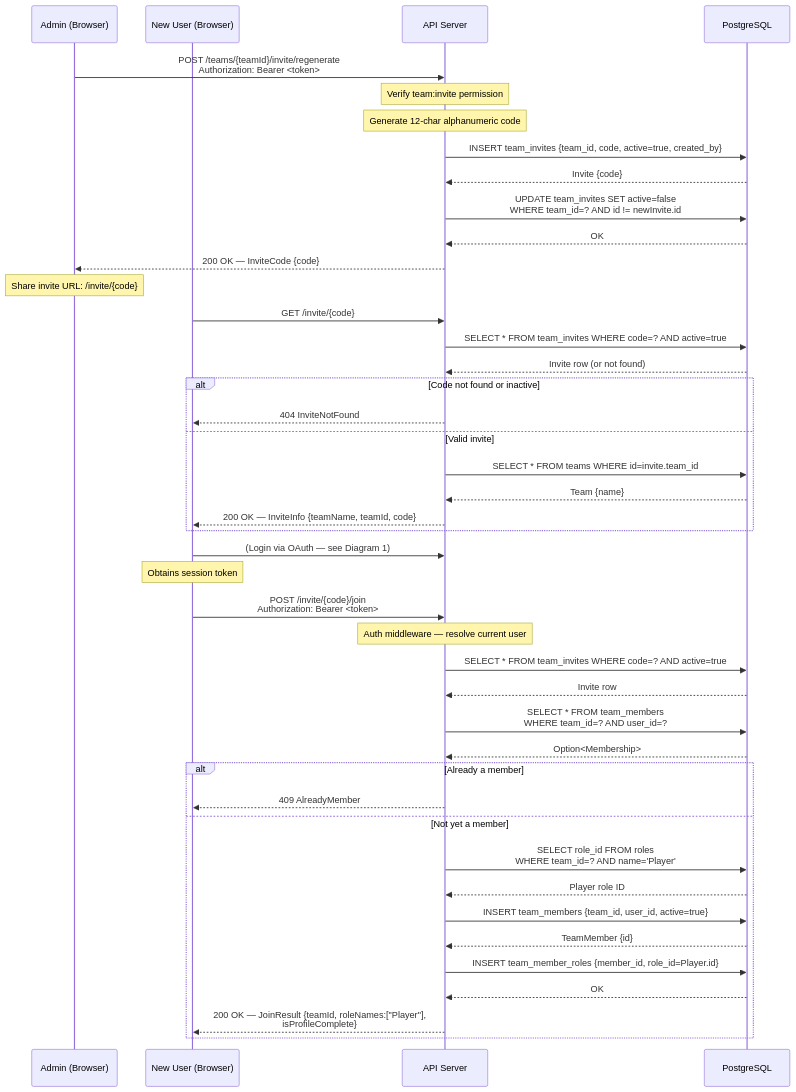
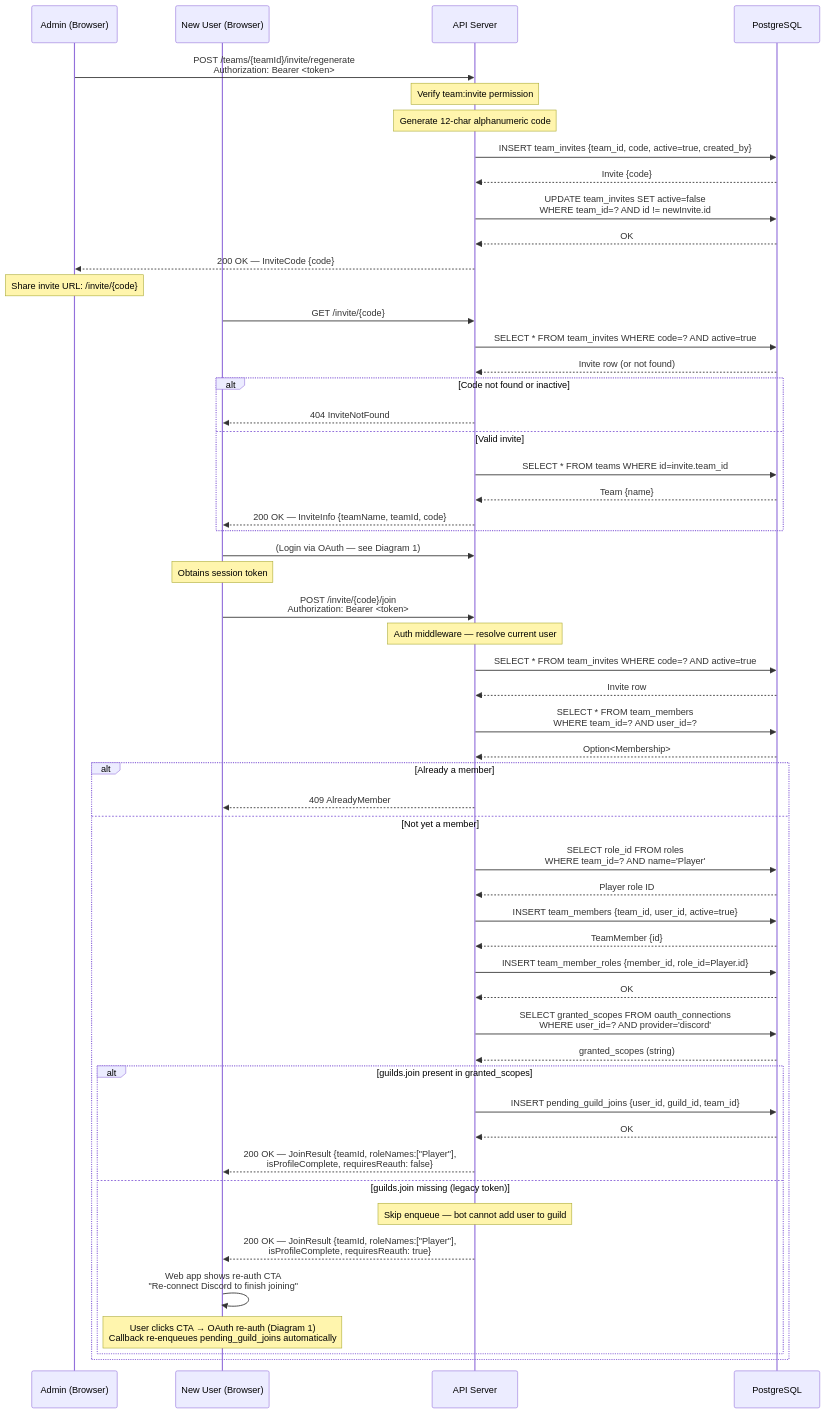
The tenth of 10 diagrams in docs/thesis/sequence-diagrams.md (sideline-cz/sideline), drawn with Mermaid before and after one commit. The commit also changed other lines of this file and 24 other files, not shown here.

First line of the commit message:
fix(server): recover oauth flow when guilds.join scope is missing (#258)

````diff
--- a/docs/thesis/sequence-diagrams.md
+++ b/docs/thesis/sequence-diagrams.md
@@ -598,57 +617,69 @@
 ```mermaid
 sequenceDiagram
     participant Admin as Admin (Browser)
     participant NewUser as New User (Browser)
     participant Server as API Server
     participant DB as PostgreSQL
 
     Admin->>Server: POST /teams/{teamId}/invite/regenerate<br/>Authorization: Bearer <token>
     Note over Server: Verify team:invite permission
     Note over Server: Generate 12-char alphanumeric code
     Server->>DB: INSERT team_invites {team_id, code, active=true, created_by}
     DB-->>Server: Invite {code}
     Server->>DB: UPDATE team_invites SET active=false<br/>WHERE team_id=? AND id != newInvite.id
     DB-->>Server: OK
     Server-->>Admin: 200 OK — InviteCode {code}
 
     Note over Admin: Share invite URL: /invite/{code}
 
     NewUser->>Server: GET /invite/{code}
     Server->>DB: SELECT * FROM team_invites WHERE code=? AND active=true
     DB-->>Server: Invite row (or not found)
 
     alt Code not found or inactive
         Server-->>NewUser: 404 InviteNotFound
     else Valid invite
         Server->>DB: SELECT * FROM teams WHERE id=invite.team_id
         DB-->>Server: Team {name}
         Server-->>NewUser: 200 OK — InviteInfo {teamName, teamId, code}
     end
 
     NewUser->>Server: (Login via OAuth — see Diagram 1)
     Note over NewUser: Obtains session token
 
     NewUser->>Server: POST /invite/{code}/join<br/>Authorization: Bearer <token>
     Note over Server: Auth middleware — resolve current user
 
     Server->>DB: SELECT * FROM team_invites WHERE code=? AND active=true
     DB-->>Server: Invite row
 
     Server->>DB: SELECT * FROM team_members<br/>WHERE team_id=? AND user_id=?
     DB-->>Server: Option<Membership>
 
     alt Already a member
         Server-->>NewUser: 409 AlreadyMember
     else Not yet a member
         Server->>DB: SELECT role_id FROM roles<br/>WHERE team_id=? AND name='Player'
         DB-->>Server: Player role ID
 
         Server->>DB: INSERT team_members {team_id, user_id, active=true}
         DB-->>Server: TeamMember {id}
 
         Server->>DB: INSERT team_member_roles {member_id, role_id=Player.id}
         DB-->>Server: OK
 
-        Server-->>NewUser: 200 OK — JoinResult {teamId, roleNames:["Player"],<br/>isProfileComplete}
+        Server->>DB: SELECT granted_scopes FROM oauth_connections<br/>WHERE user_id=? AND provider='discord'
+        DB-->>Server: granted_scopes (string)
+
+        alt guilds.join present in granted_scopes
+            Server->>DB: INSERT pending_guild_joins {user_id, guild_id, team_id}
+            DB-->>Server: OK
+            Server-->>NewUser: 200 OK — JoinResult {teamId, roleNames:["Player"],<br/>isProfileComplete, requiresReauth: false}
+        else guilds.join missing (legacy token)
+            Note over Server: Skip enqueue — bot cannot add user to guild
+            Server-->>NewUser: 200 OK — JoinResult {teamId, roleNames:["Player"],<br/>isProfileComplete, requiresReauth: true}
+            NewUser->>NewUser: Web app shows re-auth CTA<br/>"Re-connect Discord to finish joining"
+            Note over NewUser: User clicks CTA → OAuth re-auth (Diagram 1)<br/>Callback re-enqueues pending_guild_joins automatically
+        end
     end
 ```
````
